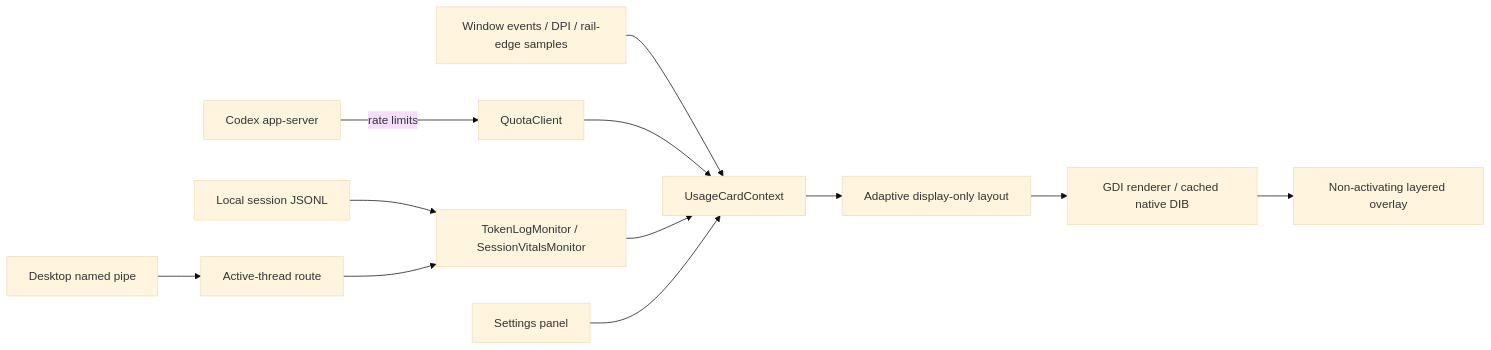
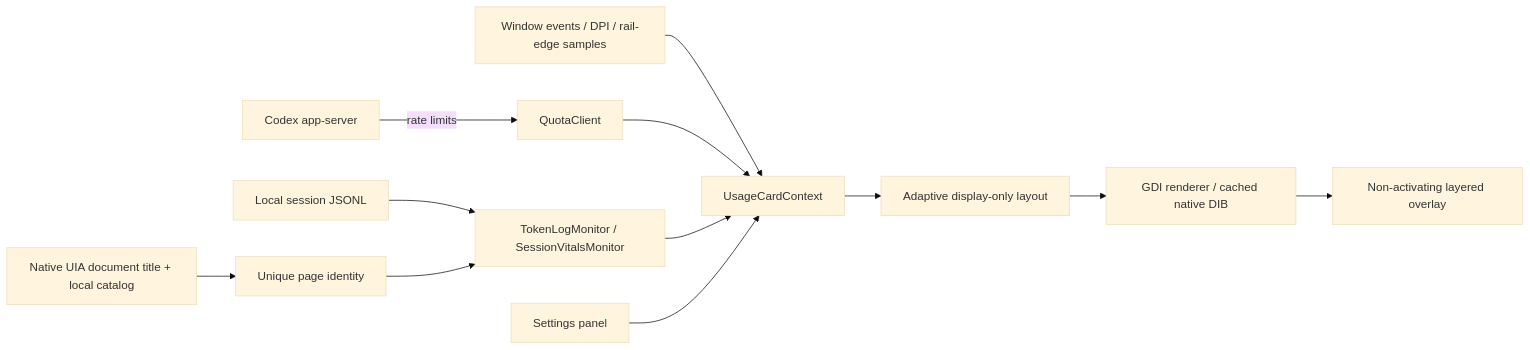
Before and after one commit to SeaserL/Codex-Rail: the diagram in docs/ARCHITECTURE.md, drawn with Mermaid (base theme). The commit also changed other lines of this file and 15 other files, not shown here.

Commit message:
Identify current page through native UIA and unique read-only thread catalog matching

````diff
--- a/docs/ARCHITECTURE.md
+++ b/docs/ARCHITECTURE.md
@@ -3,14 +3,14 @@
 ```mermaid
 flowchart LR
     A[Codex app-server] -->|rate limits| Q[QuotaClient]
     B[Local session JSONL] --> T[TokenLogMonitor / SessionVitalsMonitor]
-    C[Desktop named pipe] --> R[Active-thread route]
+    C[Native UIA document title + local catalog] --> R[Unique page identity]
     R --> T
     W[Window events / DPI / rail-edge samples] --> X[UsageCardContext]
     Q --> X
     T --> X
     S[Settings panel] --> X
     X --> L[Adaptive display-only layout]
     L --> G[GDI renderer / cached native DIB]
     G --> O[Non-activating layered overlay]
 ```
````
